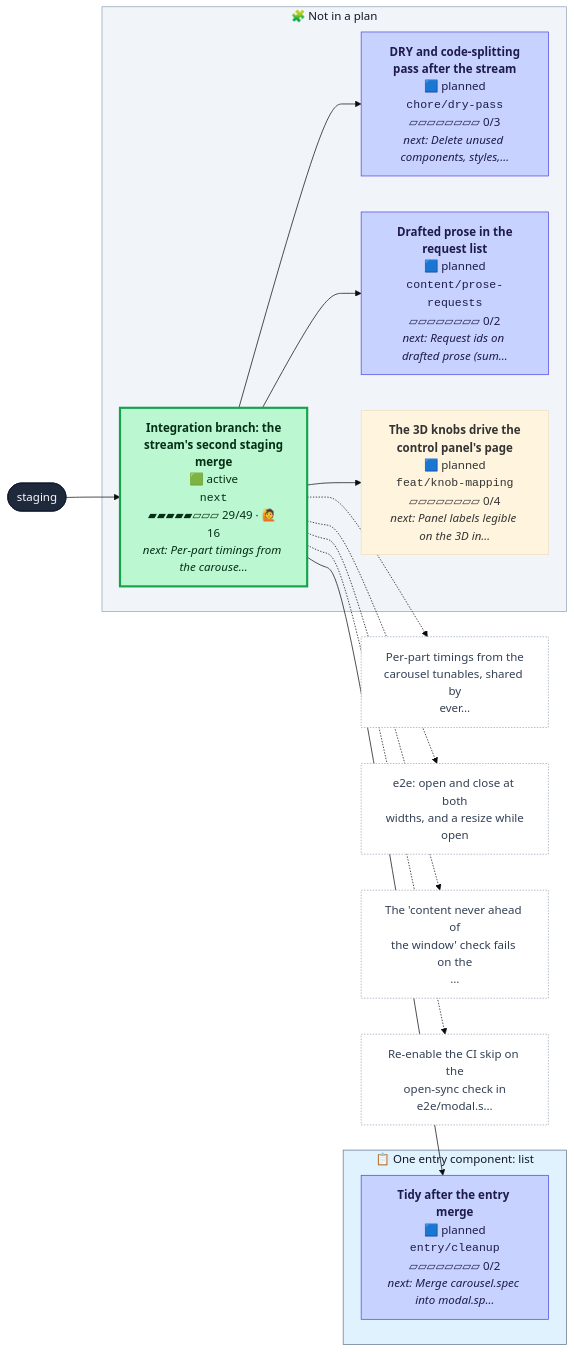
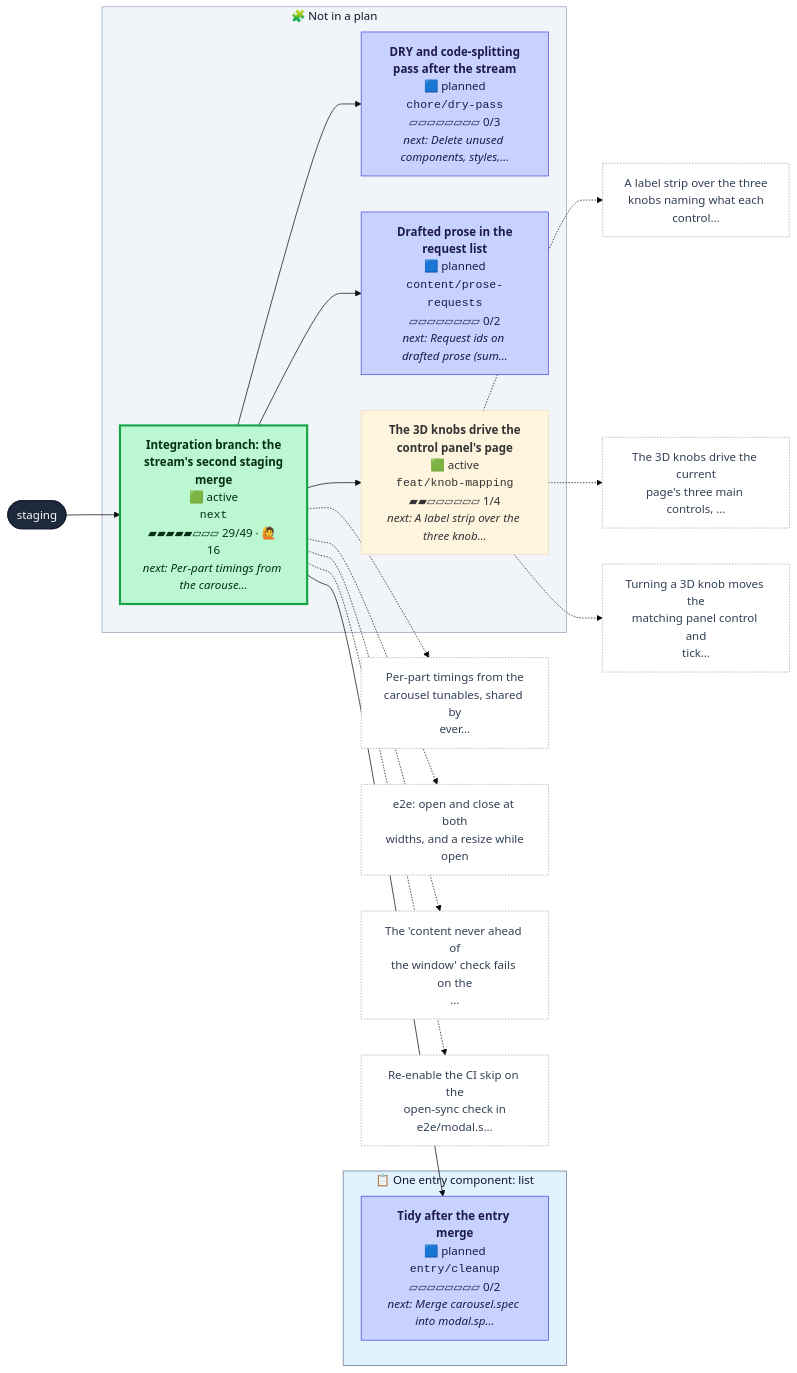
The first of 2 diagrams in CONTRIBUTING.md (henryjonescodes/portfolio), drawn with Mermaid (base theme) before and after one commit. The commit also changed other lines of this file and 1 other file, not shown here.

````diff
--- a/CONTRIBUTING.md
+++ b/CONTRIBUTING.md
@@ -16,47 +16,56 @@
 ```mermaid
 flowchart LR
   n_staging([staging])
   class n_staging trunk
   subgraph plan_0["📋 One entry component: list"]
     n_entry_cleanup["<b>Tidy after the entry merge</b><br/>🟦 planned<br/><code>entry/cleanup</code><br/>▱▱▱▱▱▱▱▱ 0/2<br/><i>next: Merge carousel.spec into modal.sp…</i>"]
     class n_entry_cleanup planned
   end
   style plan_0 fill:#e0f2fe,stroke:#64748b,color:#0f172a
   subgraph loose["🧩 Not in a plan"]
     n_chore_dry_pass["<b>DRY and code-splitting<br/>pass after the stream</b><br/>🟦 planned<br/><code>chore/dry-pass</code><br/>▱▱▱▱▱▱▱▱ 0/3<br/><i>next: Delete unused components, styles,…</i>"]
     class n_chore_dry_pass planned
     n_content_prose_requests["<b>Drafted prose in the<br/>request list</b><br/>🟦 planned<br/><code>content/prose-requests</code><br/>▱▱▱▱▱▱▱▱ 0/2<br/><i>next: Request ids on drafted prose (sum…</i>"]
     class n_content_prose_requests planned
-    n_feat_knob_mapping["<b>The 3D knobs drive the<br/>control panel's page</b><br/>🟦 planned<br/><code>feat/knob-mapping</code><br/>▱▱▱▱▱▱▱▱ 0/4<br/><i>next: Panel labels legible on the 3D in…</i>"]
-    class n_feat_knob_mapping planned,current
+    n_feat_knob_mapping["<b>The 3D knobs drive the<br/>control panel's page</b><br/>🟩 active<br/><code>feat/knob-mapping</code><br/>▰▰▱▱▱▱▱▱ 1/4<br/><i>next: A label strip over the three knob…</i>"]
+    class n_feat_knob_mapping active,current
     n_next["<b>Integration branch: the<br/>stream's second staging<br/>merge</b><br/>🟩 active<br/><code>next</code><br/>▰▰▰▰▰▱▱▱ 29/49 · 🙋 16<br/><i>next: Per-part timings from the carouse…</i>"]
     class n_next active
   end
   style loose fill:#f1f5f9,stroke:#94a3b8,color:#0f172a
   n_next --> n_chore_dry_pass
   n_next --> n_content_prose_requests
   n_next --> n_entry_cleanup
   n_next --> n_feat_knob_mapping
   n_staging --> n_next
+  n_feat_knob_mapping_t0["A label strip over the three<br/>knobs naming what each<br/>control…"]
+  class n_feat_knob_mapping_t0 todo
+  n_feat_knob_mapping -.-> n_feat_knob_mapping_t0
+  n_feat_knob_mapping_t1["The 3D knobs drive the current<br/>page's three main controls, …"]
+  class n_feat_knob_mapping_t1 todo
+  n_feat_knob_mapping -.-> n_feat_knob_mapping_t1
+  n_feat_knob_mapping_t2["Turning a 3D knob moves the<br/>matching panel control and<br/>tick…"]
+  class n_feat_knob_mapping_t2 todo
+  n_feat_knob_mapping -.-> n_feat_knob_mapping_t2
   n_next_t0["Per-part timings from the<br/>carousel tunables, shared by<br/>ever…"]
   class n_next_t0 todo
   n_next -.-> n_next_t0
   n_next_t1["e2e: open and close at both<br/>widths, and a resize while<br/>open"]
   class n_next_t1 todo
   n_next -.-> n_next_t1
   n_next_t2["The 'content never ahead of<br/>the window' check fails on the<br/>…"]
   class n_next_t2 todo
   n_next -.-> n_next_t2
   n_next_t3["Re-enable the CI skip on the<br/>open-sync check in<br/>e2e/modal.s…"]
   class n_next_t3 todo
   n_next -.-> n_next_t3
   classDef merged fill:#dcfce7,stroke:#16a34a,color:#052e16
   classDef todo fill:#ffffff,stroke:#94a3b8,stroke-dasharray:2 2,color:#334155
   classDef planned fill:#c7d2fe,stroke:#4f46e5,color:#1e1b4b
   classDef sketched fill:#f8fafc,stroke:#64748b,stroke-dasharray:4 3,color:#334155
   classDef active fill:#bbf7d0,stroke:#16a34a,stroke-width:3px,color:#052e16
   classDef review fill:#fde68a,stroke:#d97706,stroke-width:3px,color:#451a03
   classDef blocked fill:#fecaca,stroke:#dc2626,stroke-width:3px,color:#450a0a
   classDef trunk fill:#1e293b,stroke:#0f172a,color:#f8fafc
   classDef current stroke:#0ea5e9,stroke-width:5px
 ```
````
